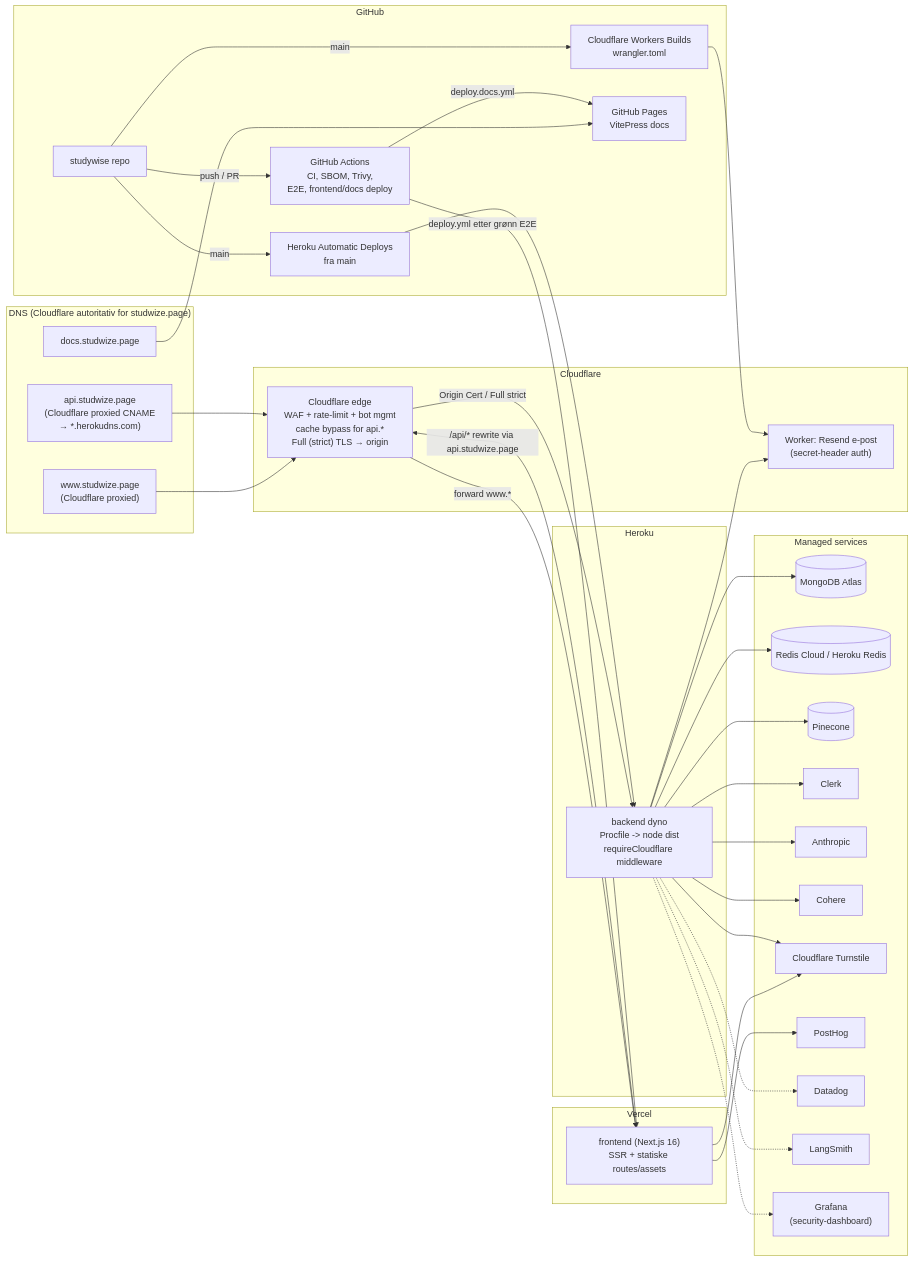
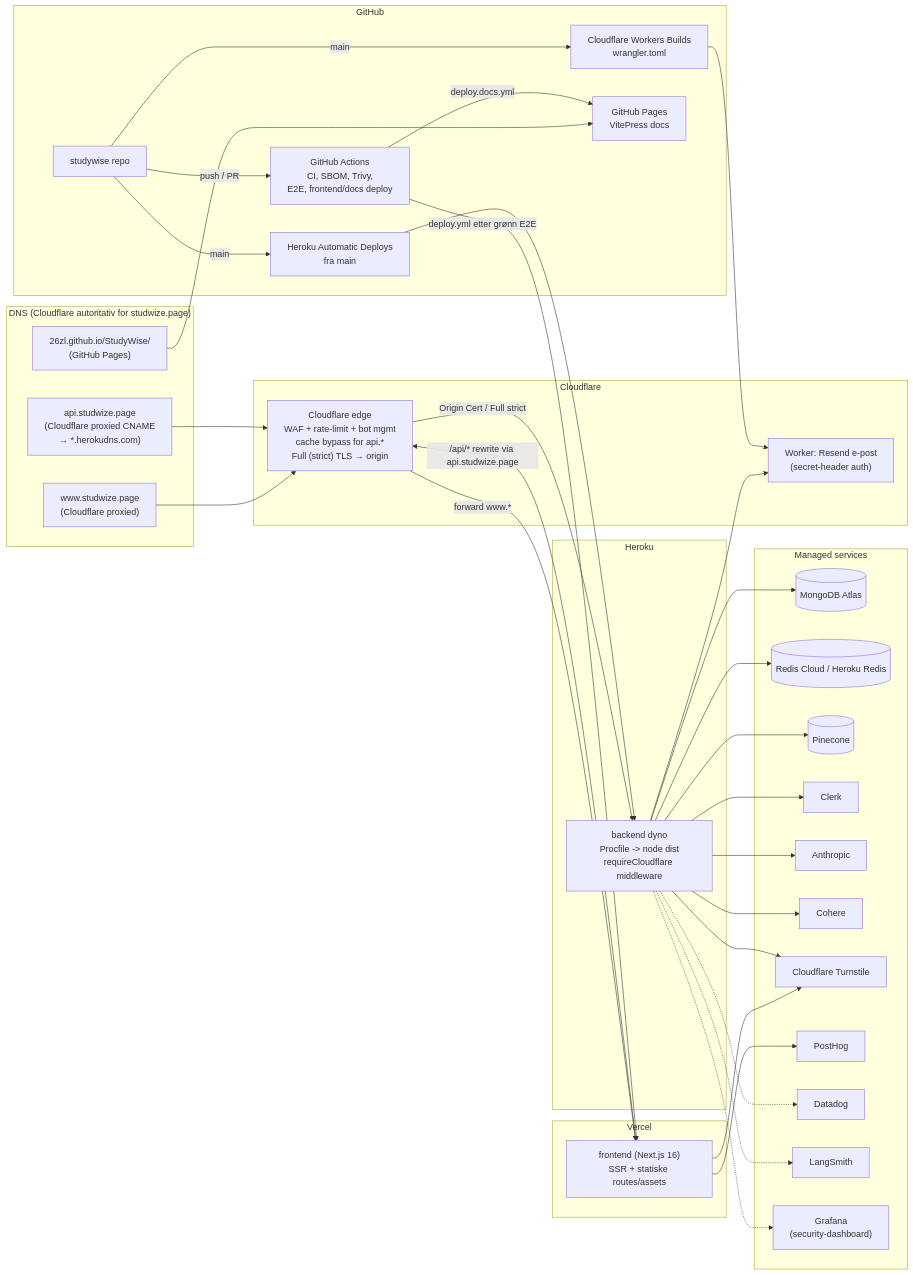
The diagram in filer_prosjekt/diagrammer/10-deployment-arkitektur.md (26zl/StudyWise), drawn with Mermaid before and after one commit. The commit also changed other lines of this file and 14 other files, not shown here.

````diff
--- a/filer_prosjekt/diagrammer/10-deployment-arkitektur.md
+++ b/filer_prosjekt/diagrammer/10-deployment-arkitektur.md
@@ -11,70 +11,70 @@
 ```mermaid
 flowchart LR
     subgraph DNS["DNS (Cloudflare autoritativ for studwize.page)"]
         WWW["www.studwize.page<br/>(Cloudflare proxied)"]
         API["api.studwize.page<br/>(Cloudflare proxied CNAME<br/>→ *.herokudns.com)"]
-        DOCS_DNS["docs.studwize.page"]
+        DOCS_DNS["26zl.github.io/StudyWise/<br/>(GitHub Pages)"]
     end
 
     subgraph Vercel["Vercel"]
         FE["frontend (Next.js 16)<br/>SSR + statiske routes/assets"]
     end
 
     subgraph Heroku["Heroku"]
         BE["backend dyno<br/>Procfile -> node dist<br/>requireCloudflare middleware"]
     end
 
     subgraph GH["GitHub"]
         REPO["studywise repo"]
         ACT["GitHub Actions<br/>CI, SBOM, Trivy,<br/>E2E, frontend/docs deploy"]
         HEROKU_AUTO["Heroku Automatic Deploys<br/>fra main"]
         CF_BUILD["Cloudflare Workers Builds<br/>wrangler.toml"]
         PAGES["GitHub Pages<br/>VitePress docs"]
     end
 
     subgraph CF["Cloudflare"]
         CFEDGE["Cloudflare edge<br/>WAF + rate-limit + bot mgmt<br/>cache bypass for api.*<br/>Full (strict) TLS → origin"]
         WK["Worker: Resend e-post<br/>(secret-header auth)"]
     end
 
     subgraph Managed["Managed services"]
         ATLAS[("MongoDB Atlas")]
         RC[("Redis Cloud / Heroku Redis")]
         PC[("Pinecone")]
         CLERK["Clerk"]
         ANT["Anthropic"]
         COH["Cohere"]
         TS["Cloudflare Turnstile"]
         PH["PostHog"]
         DD["Datadog"]
         LS["LangSmith"]
         GR["Grafana<br/>(security-dashboard)"]
     end
 
     WWW --> CFEDGE
     CFEDGE -->|forward www.*| FE
     API --> CFEDGE
     CFEDGE -->|Origin Cert / Full strict| BE
     DOCS_DNS --> PAGES
 
     FE -->|/api/* rewrite via api.studwize.page| CFEDGE
     BE --> ATLAS
     BE --> RC
     BE --> PC
     BE --> CLERK
     BE --> ANT
     BE --> COH
     BE --> WK
     FE --> TS
     BE --> TS
     FE --> PH
     BE -.-> DD
     BE -.-> LS
     BE -.-> GR
 
     REPO -->|push / PR| ACT
     ACT -->|deploy.yml etter grønn E2E| FE
     ACT -->|deploy.docs.yml| PAGES
     REPO -->|main| HEROKU_AUTO --> BE
     REPO -->|main| CF_BUILD --> WK
 ```
````
